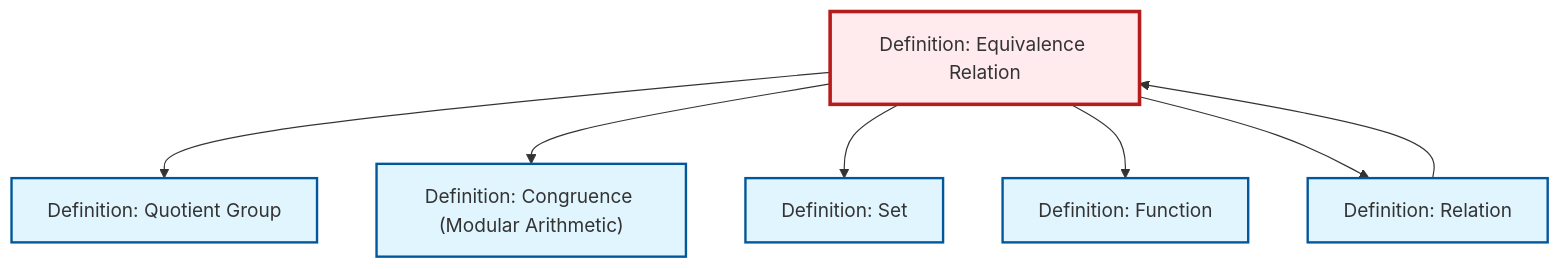
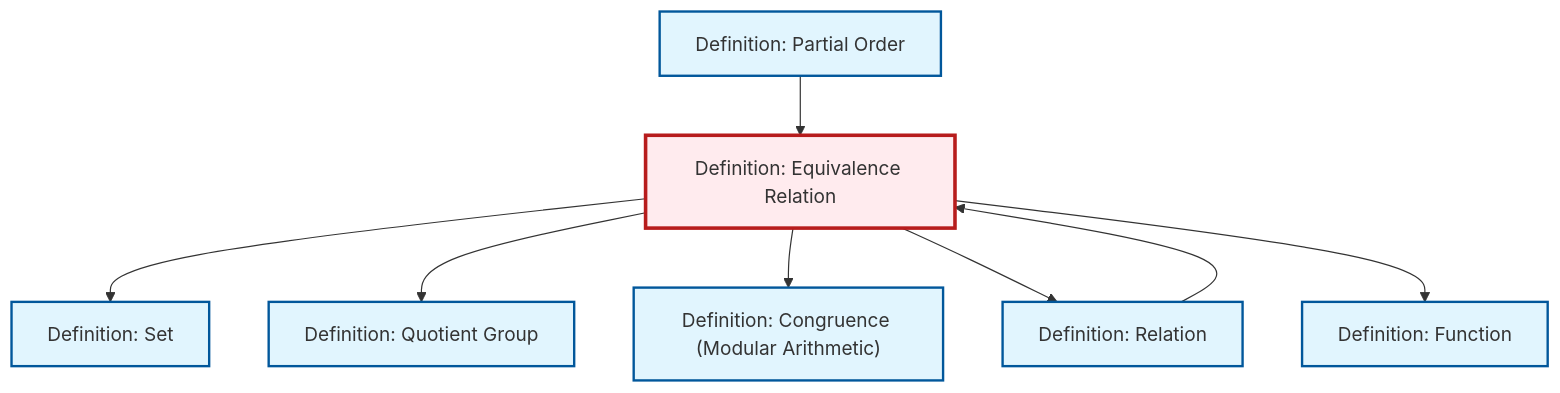
The diagram in content/ja/logic-set-theory/def-equivalence-relation.qmd (RK0429/ModernMath), drawn with Mermaid before and after one commit. The commit also changed 581 other files, not shown here.

````diff
--- a/content/ja/logic-set-theory/def-equivalence-relation.qmd
+++ b/content/ja/logic-set-theory/def-equivalence-relation.qmd
@@ -116,27 +116,30 @@
 ```{mermaid}
 %%| fig-cap: "Local dependency graph"
 graph TD
     classDef definition fill:#e1f5fe,stroke:#01579b,stroke-width:2px
     classDef theorem fill:#f3e5f5,stroke:#4a148c,stroke-width:2px
     classDef axiom fill:#fff3e0,stroke:#e65100,stroke-width:2px
     classDef example fill:#e8f5e9,stroke:#1b5e20,stroke-width:2px
     classDef current fill:#ffebee,stroke:#b71c1c,stroke-width:3px
+    def-function["Definition: Function"]:::definition
+    def-equivalence-relation["Definition: Equivalence Relation"]:::definition
     def-quotient-group["Definition: Quotient Group"]:::definition
-    def-equivalence-relation["Definition: Equivalence Relation"]:::definition
-    def-set["Definition: Set"]:::definition
-    def-function["Definition: Function"]:::definition
+    def-partial-order["Definition: Partial Order"]:::definition
     def-congruence["Definition: Congruence (Modular Arithmetic)"]:::definition
     def-relation["Definition: Relation"]:::definition
-    def-relation --> def-equivalence-relation
+    def-set["Definition: Set"]:::definition
+    def-equivalence-relation --> def-set
     def-equivalence-relation --> def-quotient-group
     def-equivalence-relation --> def-congruence
-    def-equivalence-relation --> def-set
+    def-relation --> def-equivalence-relation
+    def-equivalence-relation --> def-relation
+    def-partial-order --> def-equivalence-relation
     def-equivalence-relation --> def-function
-    def-equivalence-relation --> def-relation
     class def-equivalence-relation current
+    click def-function "def-function.html" "Definition: Functionへ"
     click def-quotient-group "def-quotient-group.html" "Definition: Quotient Groupへ"
-    click def-set "def-set.html" "Definition: Setへ"
-    click def-function "def-function.html" "Definition: Functionへ"
+    click def-partial-order "def-partial-order.html" "Definition: Partial Orderへ"
     click def-congruence "def-congruence.html" "Definition: Congruence (Modular Arithmetic)へ"
     click def-relation "def-relation.html" "Definition: Relationへ"
+    click def-set "def-set.html" "Definition: Setへ"
 ```
````
